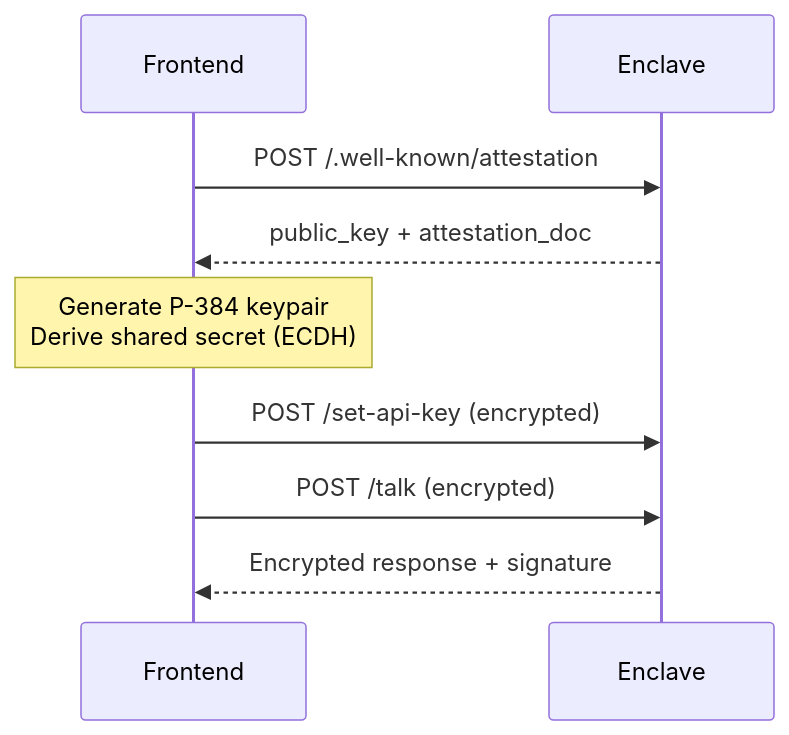
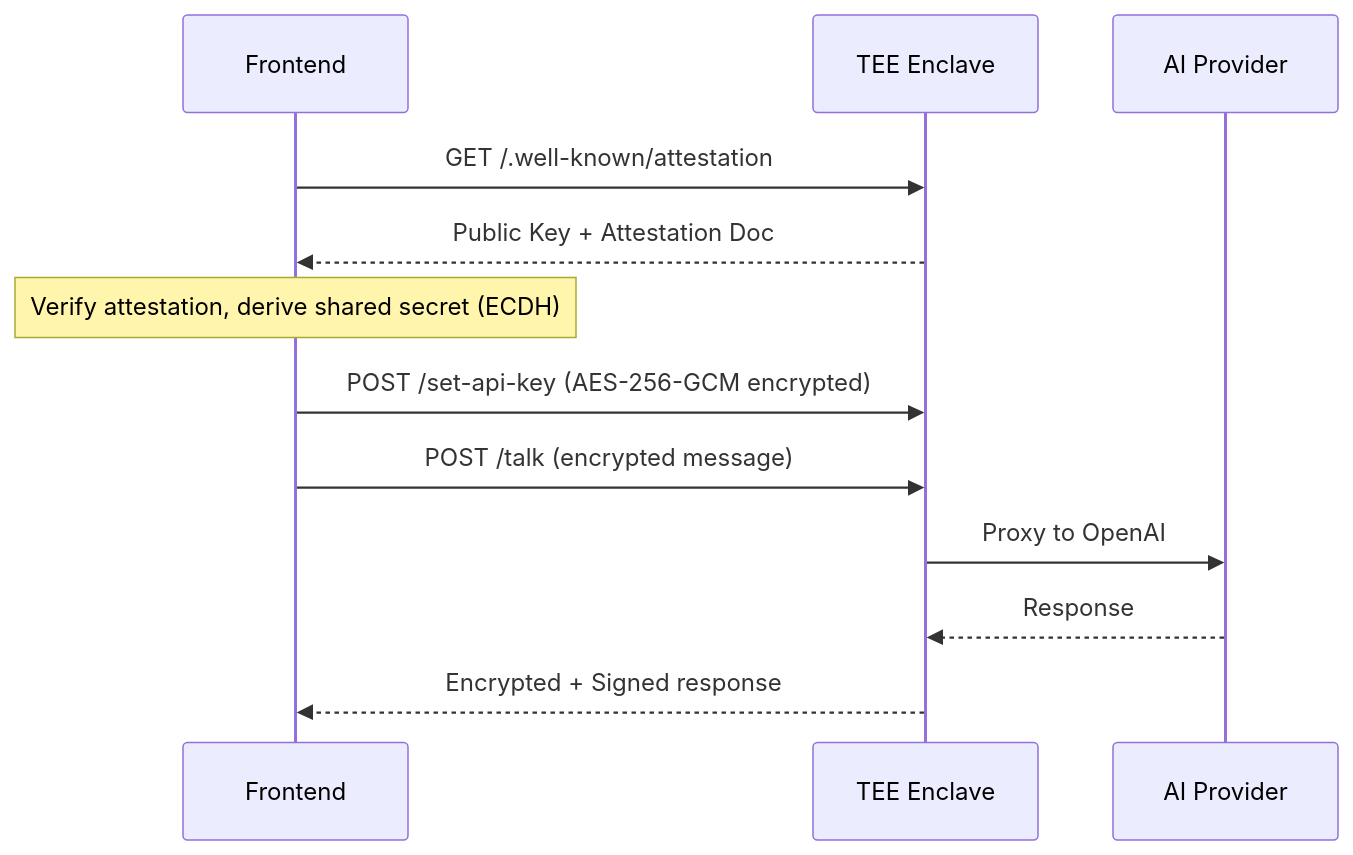
The diagram in secured-chat-bot/README.md (sparsity-xyz/sparsity-nova-examples), drawn with Mermaid before and after one commit. The commit also changed other lines of this file and 2 other files, not shown here.

````diff
--- a/secured-chat-bot/README.md
+++ b/secured-chat-bot/README.md
@@ -24,12 +9,15 @@
 ```mermaid
 sequenceDiagram
     participant F as Frontend
-    participant E as Enclave
+    participant E as TEE Enclave
+    participant AI as AI Provider
     
-    F->>E: POST /.well-known/attestation
-    E-->>F: public_key + attestation_doc
-    Note over F: Generate P-384 keypair<br/>Derive shared secret (ECDH)
-    F->>E: POST /set-api-key (encrypted)
-    F->>E: POST /talk (encrypted)
-    E-->>F: Encrypted response + signature
+    F->>E: GET /.well-known/attestation
+    E-->>F: Public Key + Attestation Doc
+    Note over F: Verify attestation, derive shared secret (ECDH)
+    F->>E: POST /set-api-key (AES-256-GCM encrypted)
+    F->>E: POST /talk (encrypted message)
+    E->>AI: Proxy to OpenAI
+    AI-->>E: Response
+    E-->>F: Encrypted + Signed response
 ```
````
